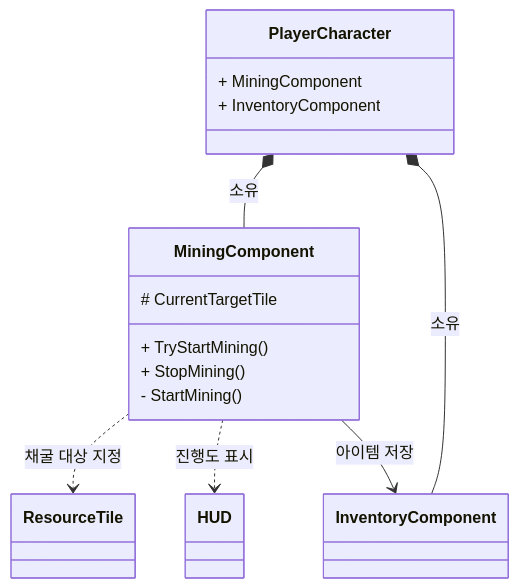
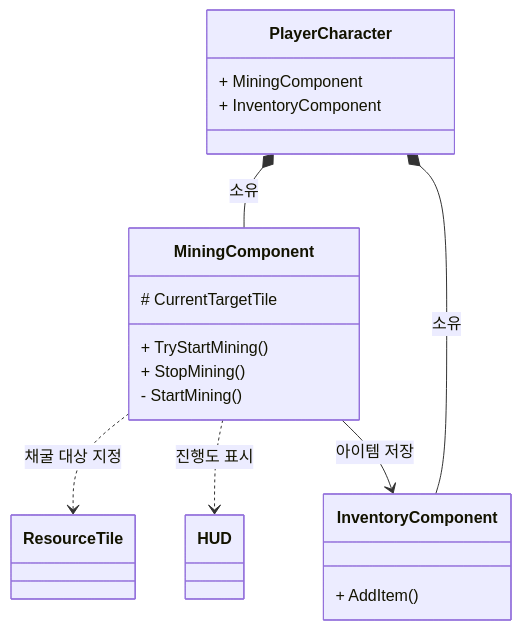
One commit to WJMcode/MBFactorio changed the first of 3 diagrams in README.md. Above: the diagram before and after it, drawn with Mermaid.

````diff
--- a/README.md
+++ b/README.md
@@ -1,35 +1,35 @@
 ```mermaid
 classDiagram
     direction TB
 
     class PlayerCharacter {
         + MiningComponent
         + InventoryComponent
     }
 
     class MiningComponent {
         + TryStartMining()
         + StopMining()
         - StartMining()
         # CurrentTargetTile
     }
     
     class HUD {
     }
 
     class ResourceTile {
     }
 
     class InventoryComponent {
-
+        + AddItem()
     }
 
     %%
     PlayerCharacter *-- MiningComponent : 소유
     PlayerCharacter *-- InventoryComponent : 소유
 
     MiningComponent ..> ResourceTile : 채굴 대상 지정
     MiningComponent ..> HUD : 진행도 표시
     
     MiningComponent --> InventoryComponent : 아이템 저장
 ```
````
